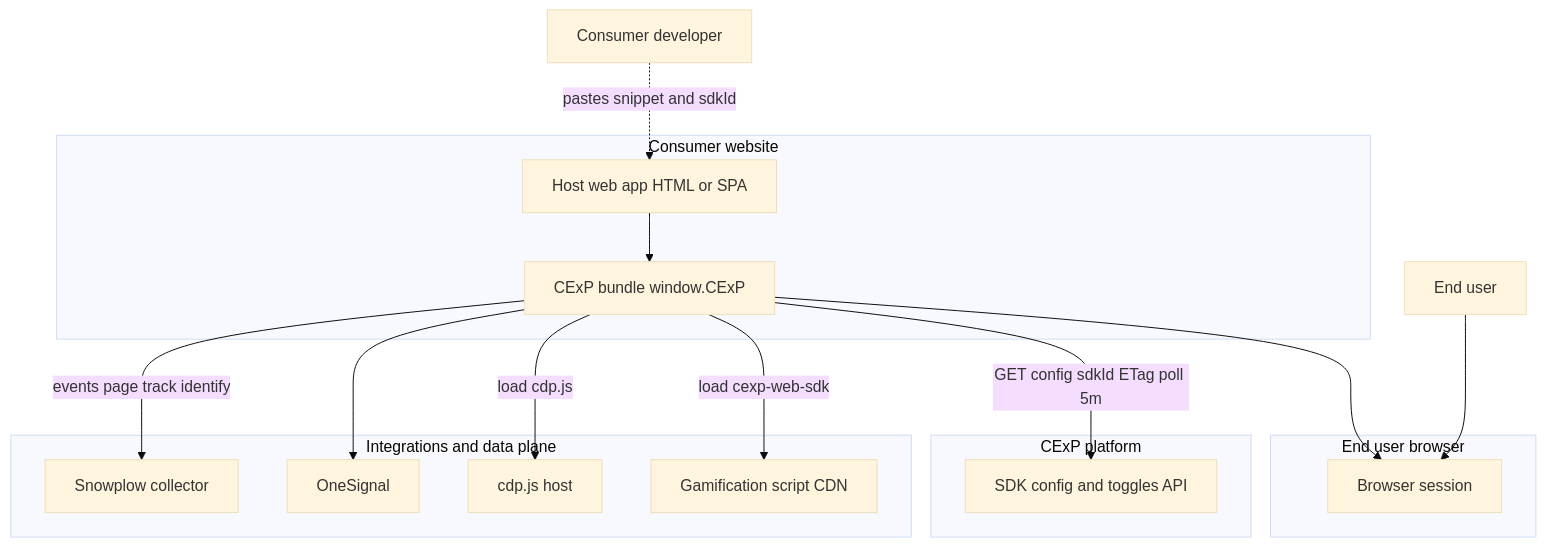
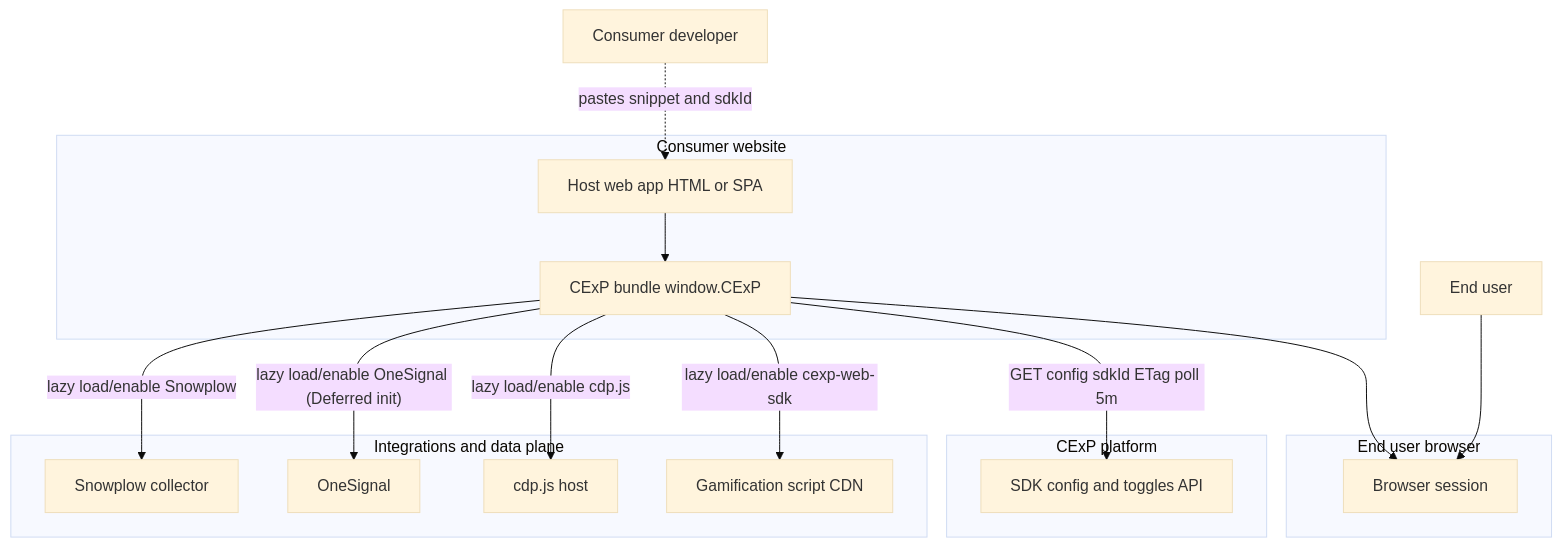
The first of 6 diagrams in docs/superpowers/architecture/2026-03-20-cexp-hub-sdk-system-architecture.md (CExP-dev/cexp-hub-sdk), drawn with Mermaid (base theme) before and after one commit. The commit also changed other lines of this file and 1 other file, not shown here.

First line of the commit message:
docs: integrate-once and lazy load architecture

````diff
--- a/docs/superpowers/architecture/2026-03-20-cexp-hub-sdk-system-architecture.md
+++ b/docs/superpowers/architecture/2026-03-20-cexp-hub-sdk-system-architecture.md
@@ -13,34 +17,34 @@
 ```mermaid
 flowchart TB
   subgraph consumerEnv [Consumer website]
     Site[Host web app HTML or SPA]
     Script[CExP bundle window.CExP]
     Site --> Script
   end
 
   subgraph endUser [End user browser]
     Browser[Browser session]
   end
 
   Script --> Browser
 
   subgraph cexpBackend [CExP platform]
     ConfigAPI[SDK config and toggles API]
   end
 
   subgraph vendors [Integrations and data plane]
     SnowplowCol[Snowplow collector]
     OneSignalSvc[OneSignal]
     CdpHost[cdp.js host]
     GamCDN[Gamification script CDN]
   end
 
   Consumer[Consumer developer] -.->|"pastes snippet and sdkId"| Site
   EndUserPerson[End user] --> Browser
 
   Script -->|"GET config sdkId ETag poll 5m"| ConfigAPI
-  Script -->|"events page track identify"| SnowplowCol
-  Script --> OneSignalSvc
-  Script -->|"load cdp.js"| CdpHost
-  Script -->|"load cexp-web-sdk"| GamCDN
+  Script -->|"lazy load/enable Snowplow"| SnowplowCol
+  Script -->|"lazy load/enable OneSignal (Deferred init)"| OneSignalSvc
+  Script -->|"lazy load/enable cdp.js"| CdpHost
+  Script -->|"lazy load/enable cexp-web-sdk"| GamCDN
 ```
````
